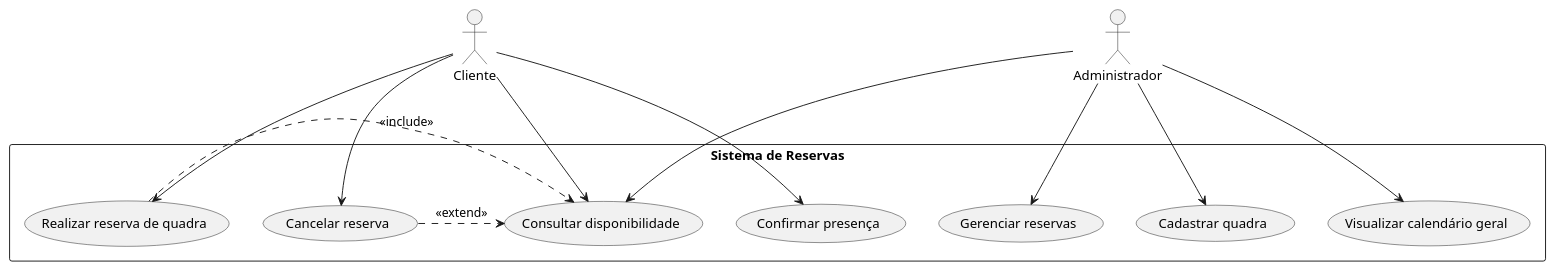
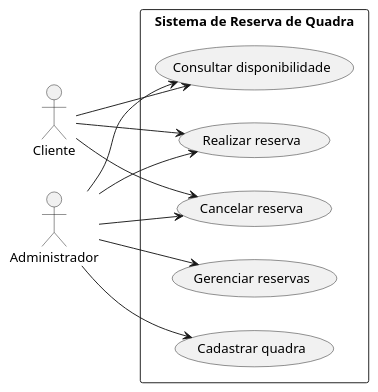
Before and after one commit to heliokamakawa/ifpr: the first of 3 diagrams in aps/aulas/aula07a.md, drawn with PlantUML. The commit also changed other lines of this file, not shown here.

````diff
--- a/aps/aulas/aula07a.md
+++ b/aps/aulas/aula07a.md
@@ -96,31 +96,25 @@
 ```plantuml
-@startuml "Diagrama de Casos de Uso – Gestão de Reservas de Quadras"
+@startuml
+left to right direction 
+
 actor "Cliente" as Cliente
-actor "Administrador" as Admin
+actor "Administrador" as Administrador
 
-rectangle "Sistema de Reservas" {
-
-  usecase "Realizar reserva de quadra" as CU01
+rectangle "Sistema de Reserva de Quadra" {
+  usecase "Realizar reserva" as CU01
   usecase "Cancelar reserva" as CU02
   usecase "Consultar disponibilidade" as CU03
-  usecase "Confirmar presença" as CU04
-  
-  usecase "Gerenciar reservas" as CU05
-  usecase "Cadastrar quadra" as CU06
-  usecase "Visualizar calendário geral" as CU07
-
-  CU01 .> CU03 : <<include>>
-  CU02 .> CU03 : <<extend>>
+  usecase "Gerenciar reservas" as CU04
+  usecase "Cadastrar quadra" as CU05 
 }
 
 Cliente --> CU01
 Cliente --> CU02
 Cliente --> CU03
-Cliente --> CU04
-
-Admin --> CU03
-Admin --> CU05
-Admin --> CU06
-Admin --> CU07
+Administrador --> CU01
+Administrador --> CU02
+Administrador --> CU03
+Administrador --> CU04
+Administrador --> CU05
 @enduml
 ```
````
